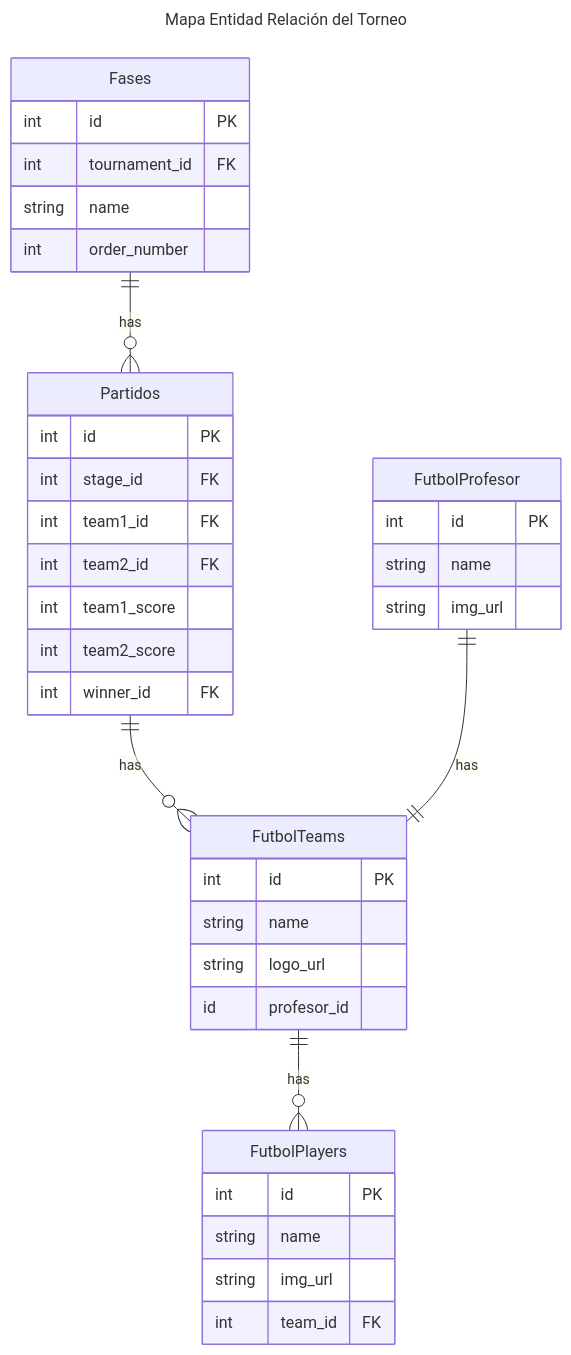
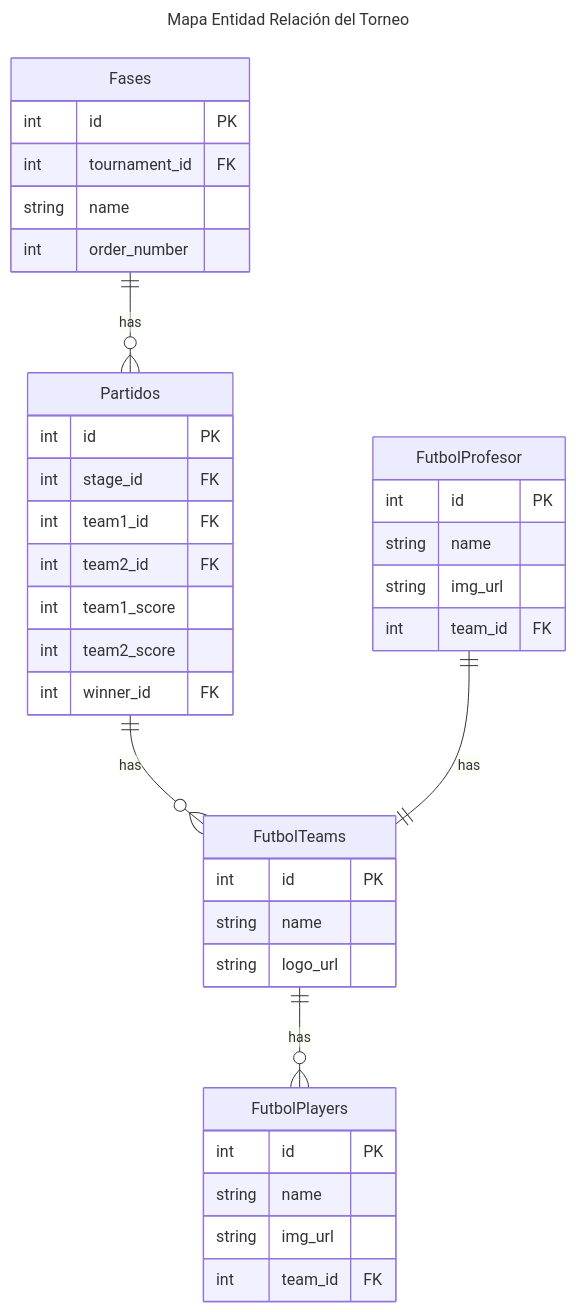
Before and after one commit to ZergioPC/UMNG_Imaginatio: the first of 2 diagrams in docs/TORNEO_FUTBOL.md, drawn with Mermaid. The commit also changed 15 other files, not shown here.

````diff
--- a/docs/TORNEO_FUTBOL.md
+++ b/docs/TORNEO_FUTBOL.md
@@ -7,49 +7,49 @@
 ```mermaid
 ---
 title: Mapa Entidad Relación del Torneo
 ---
 erDiagram
 
     Fases {
         int id PK
         int tournament_id FK
         string name
         int order_number
     }
 
-    FutbolTeams {
-        int id PK
-        string name
-        string logo_url
-        id profesor_id
-    }
-
-    FutbolPlayers {
-      int id PK
-      string name
-      string img_url
-      int team_id FK
-    }
-
     Partidos {
         int id PK
         int stage_id FK
         int team1_id FK
         int team2_id FK
         int team1_score
         int team2_score
         int winner_id FK
     }
 
+    FutbolTeams {
+        int id PK
+        string name
+        string logo_url
+    }
+
+    FutbolPlayers {
+      int id PK
+      string name
+      string img_url
+      int team_id FK
+    }
+
     FutbolProfesor {
       int id PK
       string name
       string img_url
+      int team_id FK
     }
 
     Fases ||--o{ Partidos : has
     Partidos ||--o{ FutbolTeams : has
     FutbolTeams ||--o{ FutbolPlayers : has 
     FutbolProfesor ||--|| FutbolTeams : has
 
 ```
````
